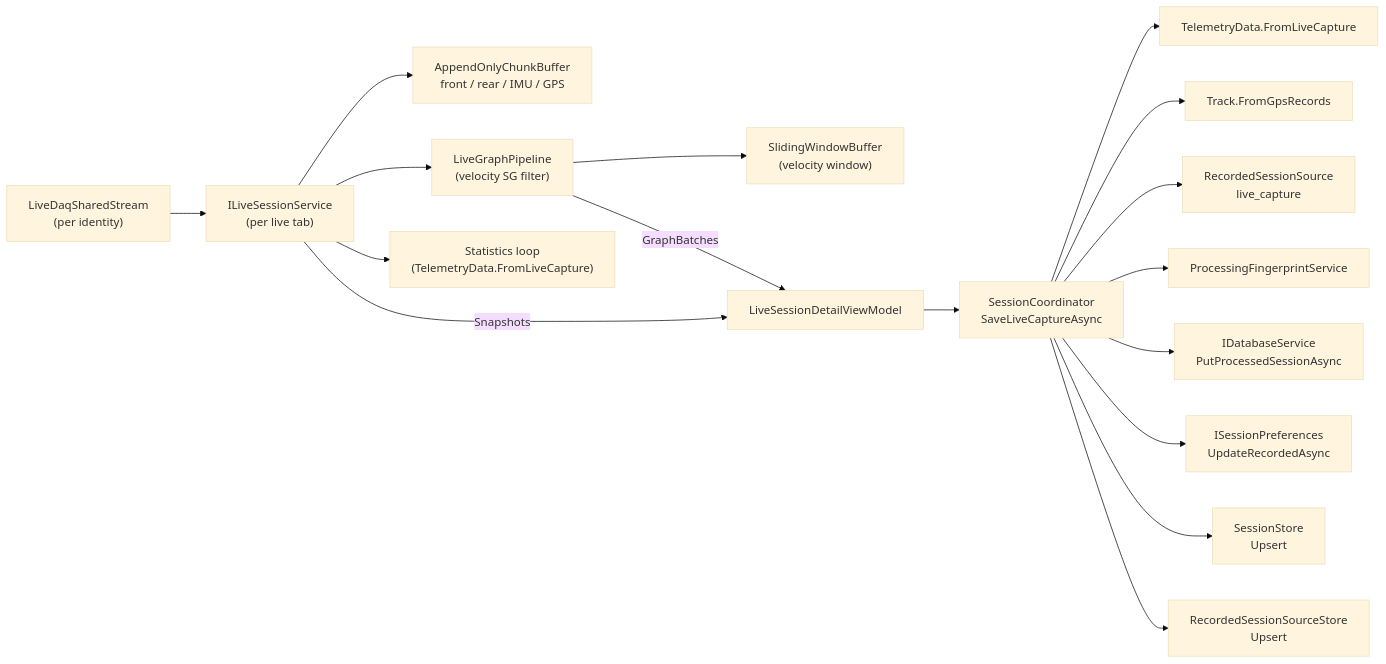
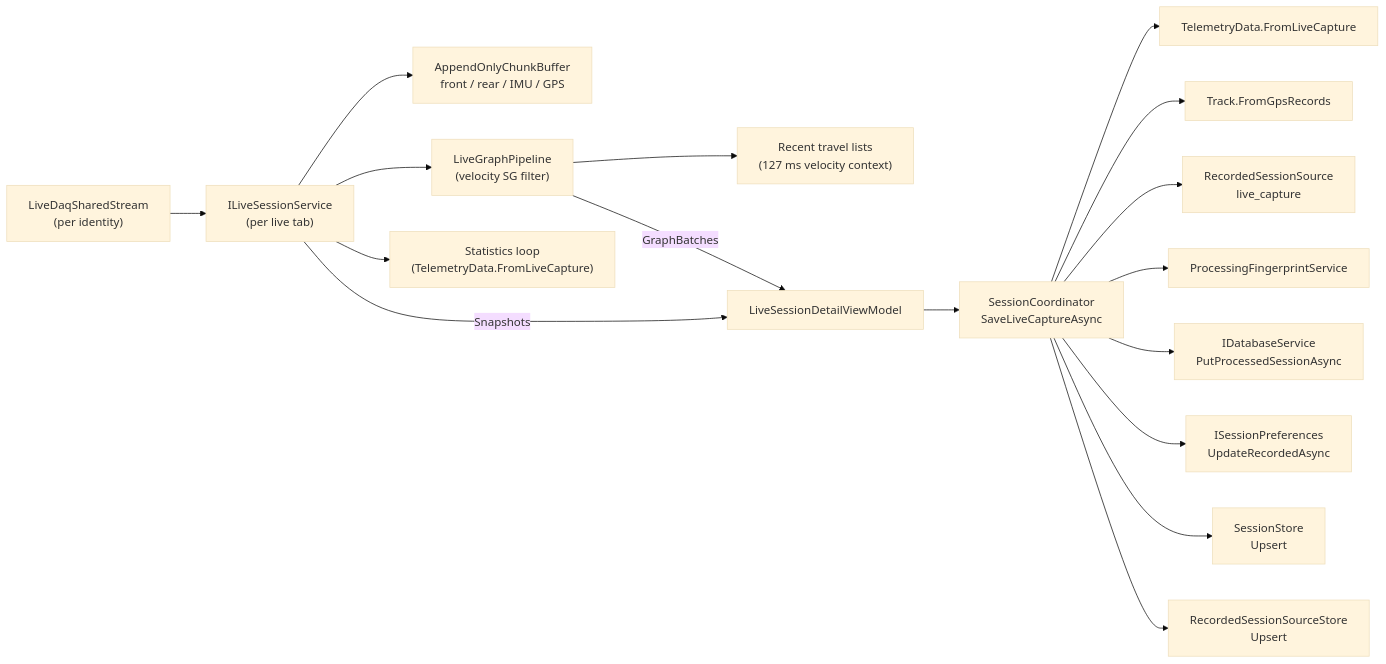
The diagram in docs/architecture/live-session.md (MoridinBG/Sufni.app), drawn with Mermaid (base theme) before and after one commit. The commit also changed other lines of this file and 6 other files, not shown here.

````diff
--- a/docs/architecture/live-session.md
+++ b/docs/architecture/live-session.md
@@ -30,19 +30,19 @@
 ```mermaid
 graph LR
     Shared["LiveDaqSharedStream<br/>(per identity)"] --> Service["ILiveSessionService<br/>(per live tab)"]
     Service --> AppendBufs["AppendOnlyChunkBuffer<br/>front / rear / IMU / GPS"]
     Service --> GraphPipe["LiveGraphPipeline<br/>(velocity SG filter)"]
     Service --> StatsLoop["Statistics loop<br/>(TelemetryData.FromLiveCapture)"]
-    GraphPipe --> SlidingBuf["SlidingWindowBuffer<br/>(velocity window)"]
+    GraphPipe --> RecentTravel["Recent travel lists<br/>(127 ms velocity context)"]
     Service -->|"Snapshots"| DetailVM["LiveSessionDetailViewModel"]
     GraphPipe -->|"GraphBatches"| DetailVM
     DetailVM --> Coord["SessionCoordinator<br/>SaveLiveCaptureAsync"]
     Coord --> Telemetry["TelemetryData.FromLiveCapture"]
     Coord --> Track["Track.FromGpsRecords"]
     Coord --> Source["RecordedSessionSource<br/>live_capture"]
     Coord --> Fingerprint["ProcessingFingerprintService"]
     Coord --> DB["IDatabaseService<br/>PutProcessedSessionAsync"]
     Coord --> Prefs["ISessionPreferences<br/>UpdateRecordedAsync"]
     Coord --> Store["SessionStore<br/>Upsert"]
     Coord --> SourceStore["RecordedSessionSourceStore<br/>Upsert"]
 ```
````
